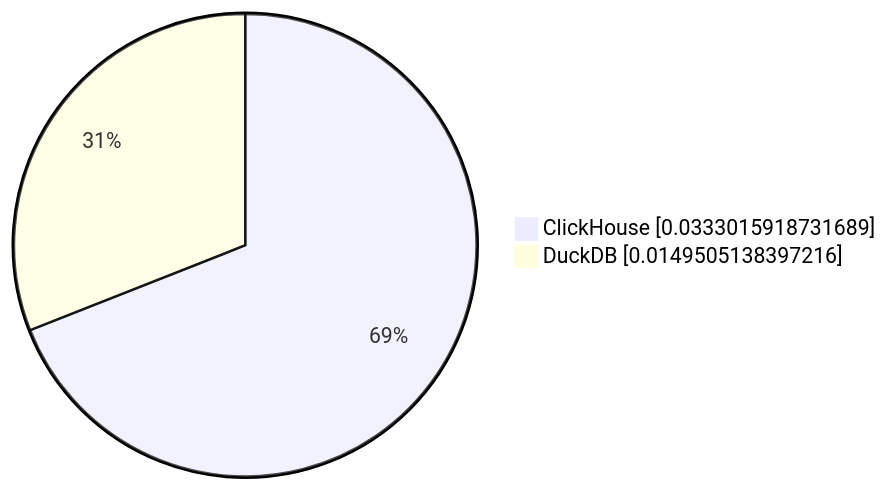
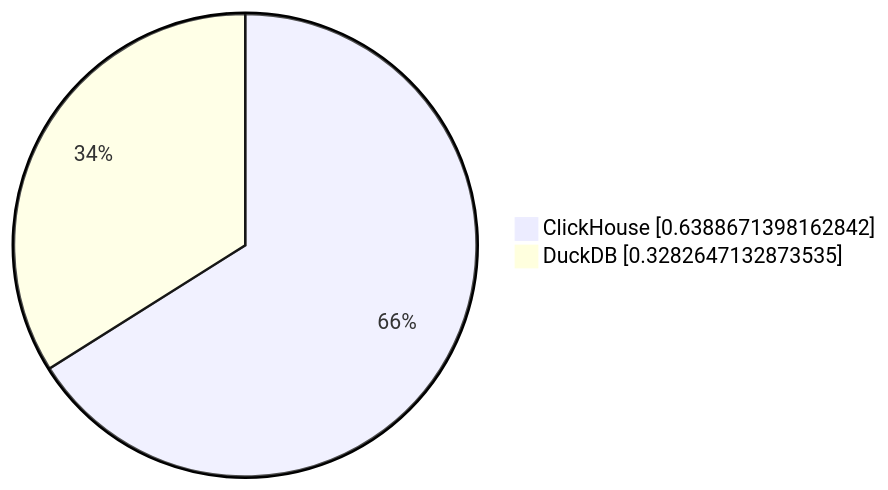
The third of 10 diagrams in parquet/performance/results/README.md (Altinity/clickhouse-regression), drawn with Mermaid before and after one commit. The commit also changed other lines of this file and 4 other files, not shown here.

````diff
--- a/parquet/performance/results/README.md
+++ b/parquet/performance/results/README.md
@@ -28,5 +30,5 @@
 ```mermaid
      pie showData
-         "ClickHouse" : 0.0333015918731689
-         "DuckDB" : 0.0149505138397216
+         "ClickHouse" : 0.6388671398162842
+         "DuckDB" : 0.3282647132873535
 ```
````
